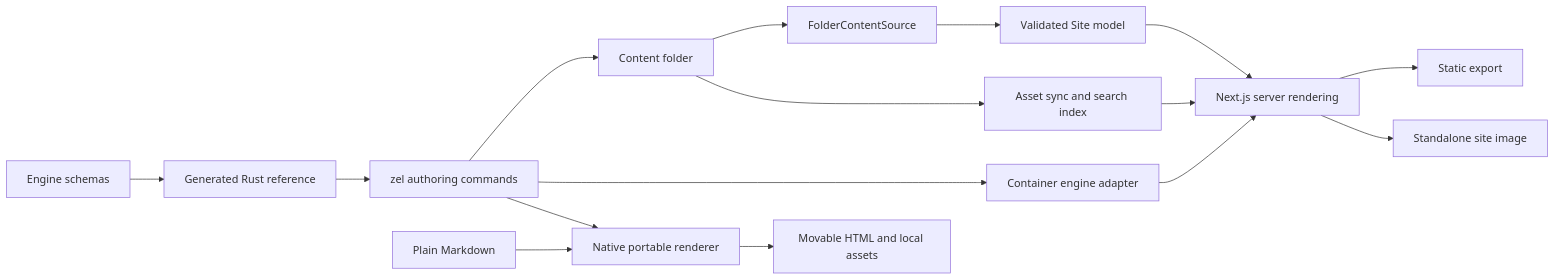
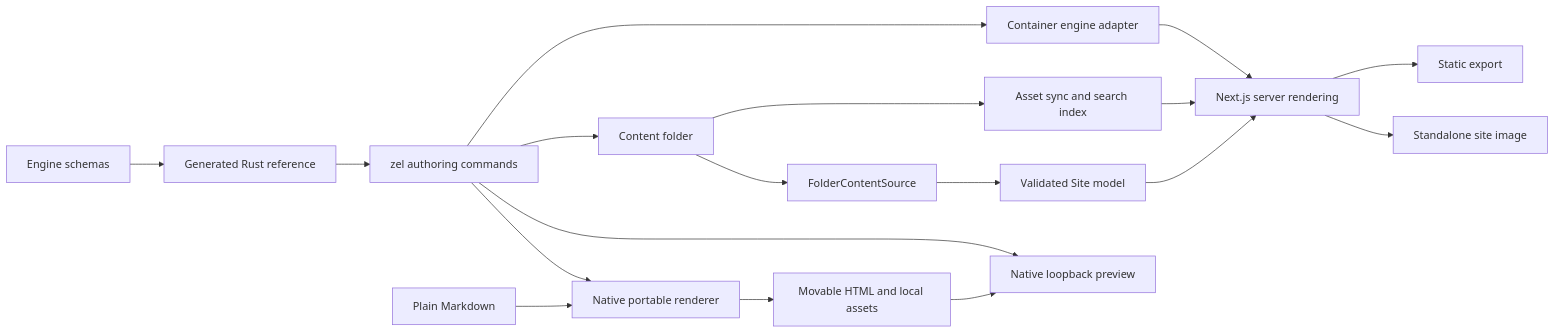
The diagram in ZELLIJ_CONTEXT.md (mylife-inc/Zellij), drawn with Mermaid before and after one commit. The commit also changed other lines of this file and 1 other file, not shown here.

Commit message:
Record native preview contracts and portable build acceptance

````diff
--- a/ZELLIJ_CONTEXT.md
+++ b/ZELLIJ_CONTEXT.md
@@ -684,18 +733,20 @@
 ```mermaid
 flowchart LR
   Content[Content folder] --> Source[FolderContentSource]
   Source --> Site[Validated Site model]
   Site --> Render[Next.js server rendering]
   Render --> Static[Static export]
   Render --> Server[Standalone site image]
   Content --> Prepare[Asset sync and search index]
   Prepare --> Render
   Schemas[Engine schemas] --> Embedded[Generated Rust reference]
   Embedded --> Zel[zel authoring commands]
   Zel --> Content
   Zel --> Container[Container engine adapter]
   Container --> Render
   Markdown[Plain Markdown] --> Portable[Native portable renderer]
   Zel --> Portable
   Portable --> Files[Movable HTML and local assets]
+  Files --> Preview[Native loopback preview]
+  Zel --> Preview
 ```
````
